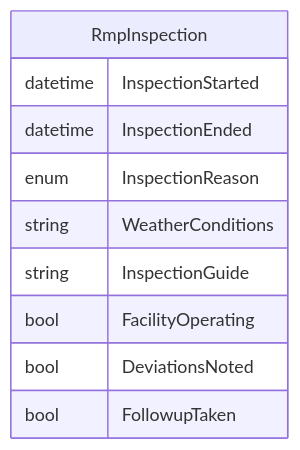
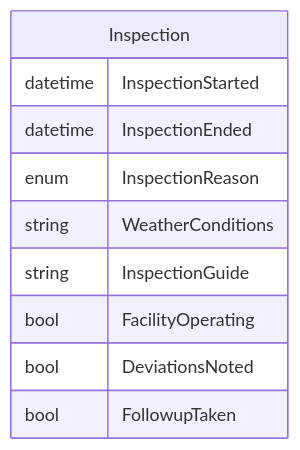
Before and after one commit to gaepdit/air-web: the second of 2 diagrams in docs/Workflows/Work-entries/RMP-Inspection.md, drawn with Mermaid. The commit also changed other lines of this file and 8 other files, not shown here.

Commit message:
Update workflow diagrams

````diff
--- a/docs/Workflows/Work-entries/RMP-Inspection.md
+++ b/docs/Workflows/Work-entries/RMP-Inspection.md
@@ -34,13 +40,13 @@
 ```mermaid
 erDiagram
-    RmpInspection {
+    Inspection {
         datetime InspectionStarted
         datetime InspectionEnded
         enum InspectionReason
         string WeatherConditions
         string InspectionGuide
         bool FacilityOperating
         bool DeviationsNoted
         bool FollowupTaken
     }
 ```
````
